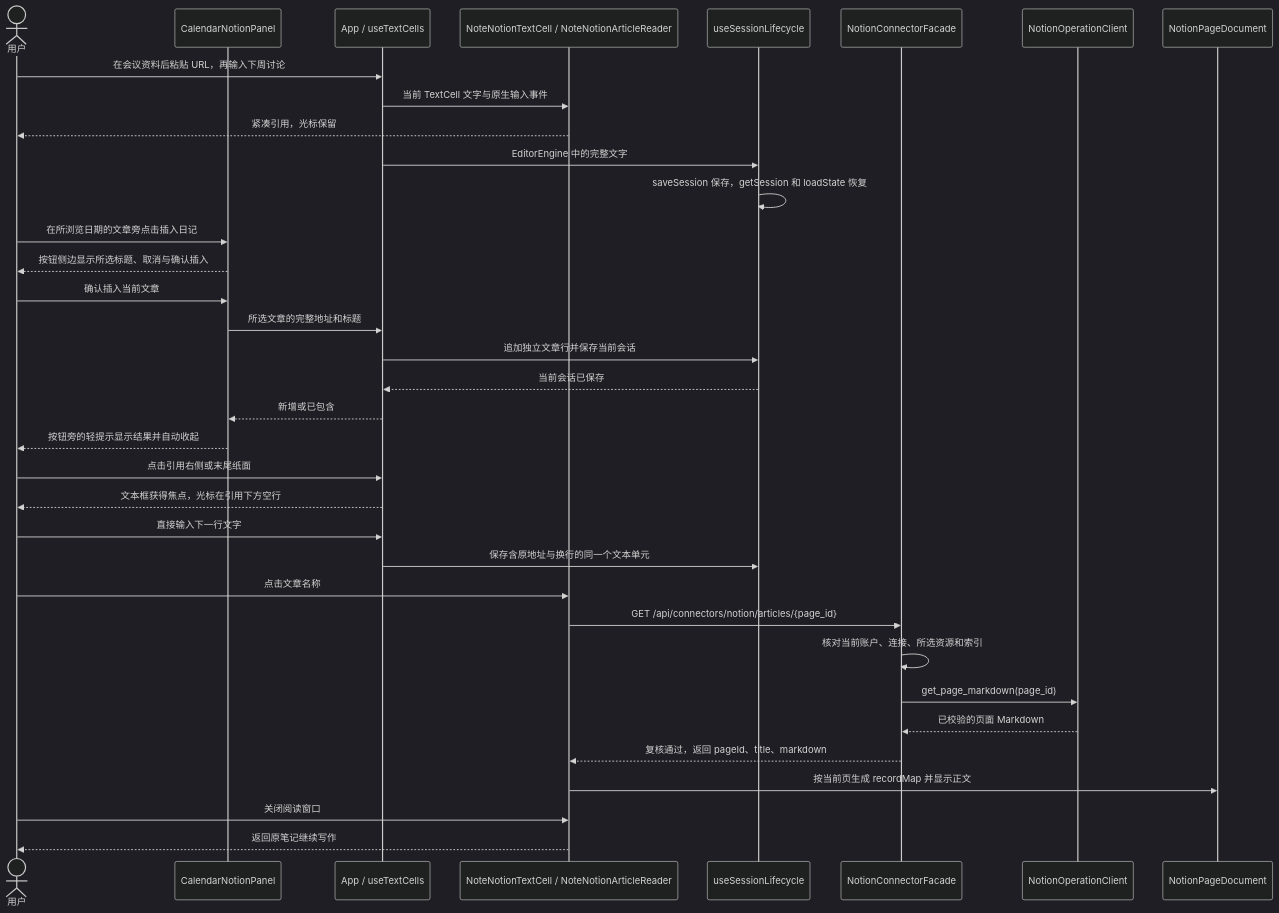
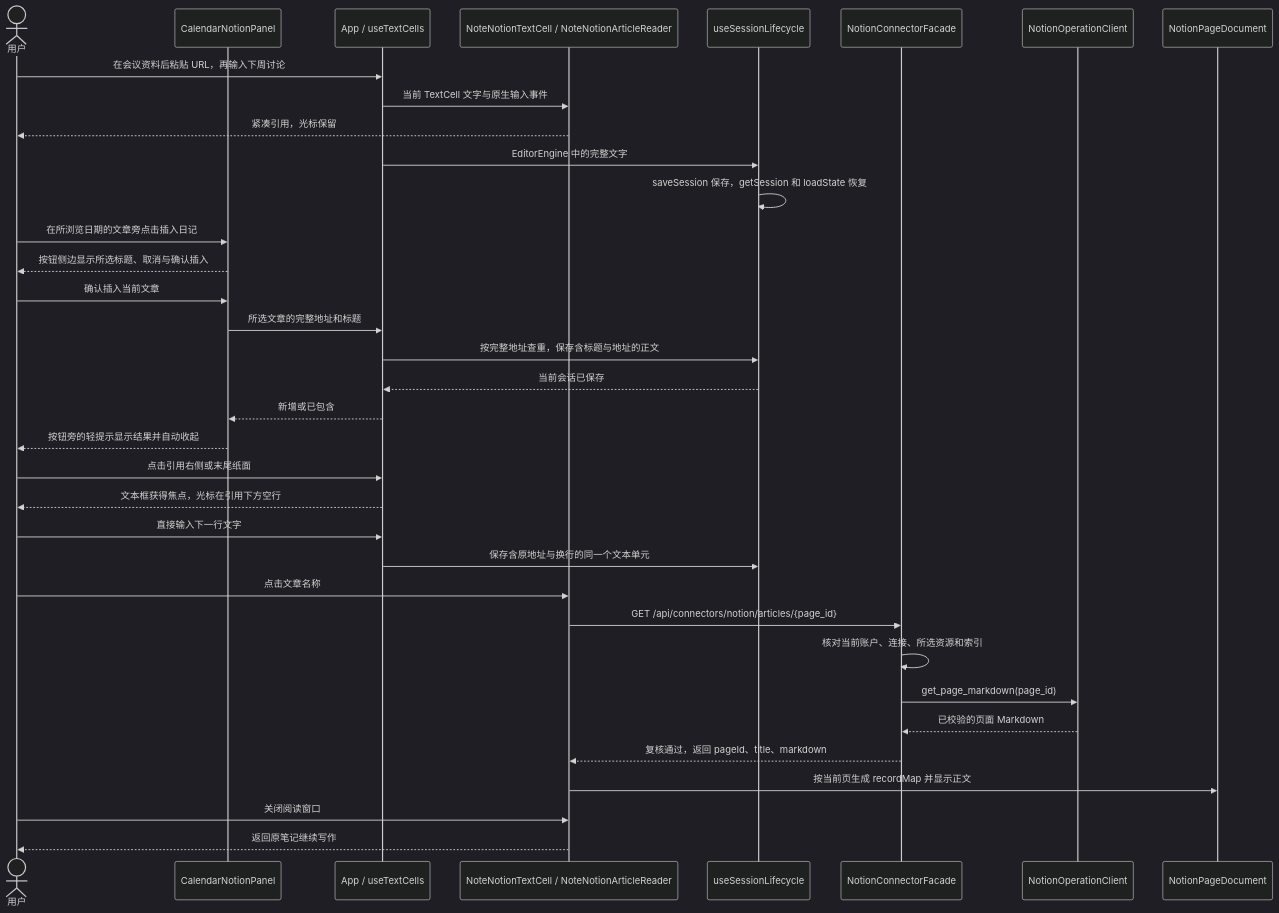
The first of 3 diagrams in docs/design/edit-session/notion-article-links.md (glide-the/im-dream), drawn with Mermaid (dark theme) before and after one commit. The commit also changed other lines of this file and 17 other files, not shown here.

````diff
--- a/docs/design/edit-session/notion-article-links.md
+++ b/docs/design/edit-session/notion-article-links.md
@@ -43,37 +44,37 @@
 ```mermaid
 sequenceDiagram
     actor U as 用户
     participant C as CalendarNotionPanel
     participant A as App / useTextCells
     participant N as NoteNotionTextCell / NoteNotionArticleReader
     participant S as useSessionLifecycle
     participant F as NotionConnectorFacade
     participant O as NotionOperationClient
     participant R as NotionPageDocument
     U->>A: 在会议资料后粘贴 URL，再输入下周讨论
     A->>N: 当前 TextCell 文字与原生输入事件
     N-->>U: 紧凑引用，光标保留
     A->>S: EditorEngine 中的完整文字
     S->>S: saveSession 保存，getSession 和 loadState 恢复
     U->>C: 在所浏览日期的文章旁点击插入日记
     C-->>U: 按钮侧边显示所选标题、取消与确认插入
     U->>C: 确认插入当前文章
     C->>A: 所选文章的完整地址和标题
-    A->>S: 追加独立文章行并保存当前会话
+    A->>S: 按完整地址查重，保存含标题与地址的正文
     S-->>A: 当前会话已保存
     A-->>C: 新增或已包含
     C-->>U: 按钮旁的轻提示显示结果并自动收起
     U->>A: 点击引用右侧或末尾纸面
     A-->>U: 文本框获得焦点，光标在引用下方空行
     U->>A: 直接输入下一行文字
     A->>S: 保存含原地址与换行的同一个文本单元
     U->>N: 点击文章名称
     N->>F: GET /api/connectors/notion/articles/{page_id}
     F->>F: 核对当前账户、连接、所选资源和索引
     F->>O: get_page_markdown(page_id)
     O-->>F: 已校验的页面 Markdown
     F-->>N: 复核通过，返回 pageId、title、markdown
     N->>R: 按当前页生成 recordMap 并显示正文
     U->>N: 关闭阅读窗口
     N-->>U: 返回原笔记继续写作
 ```
````
